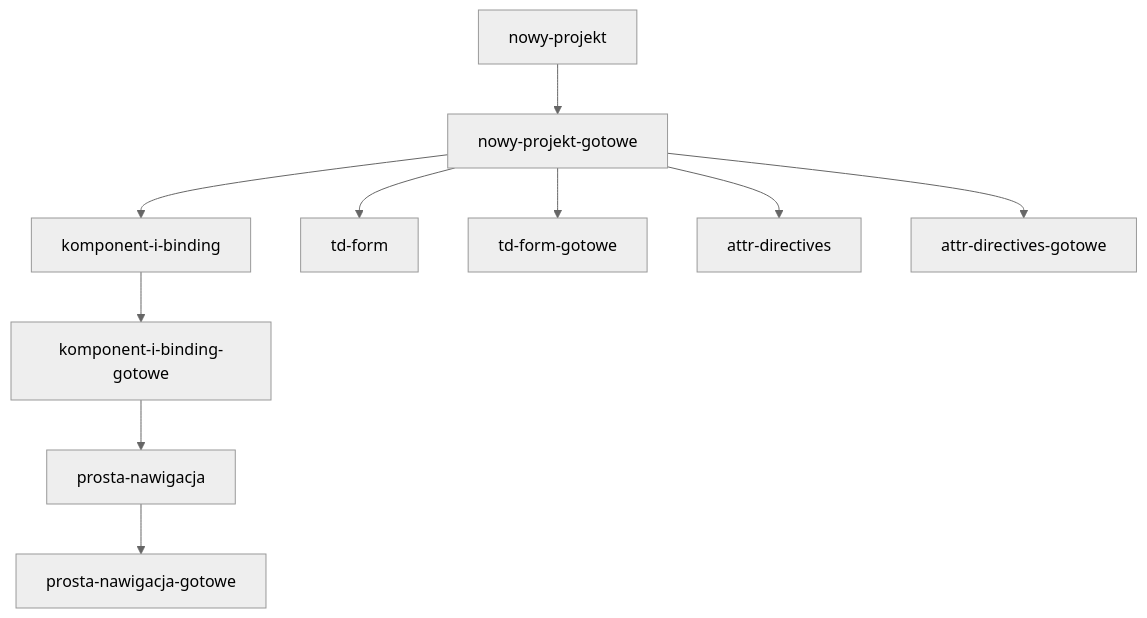
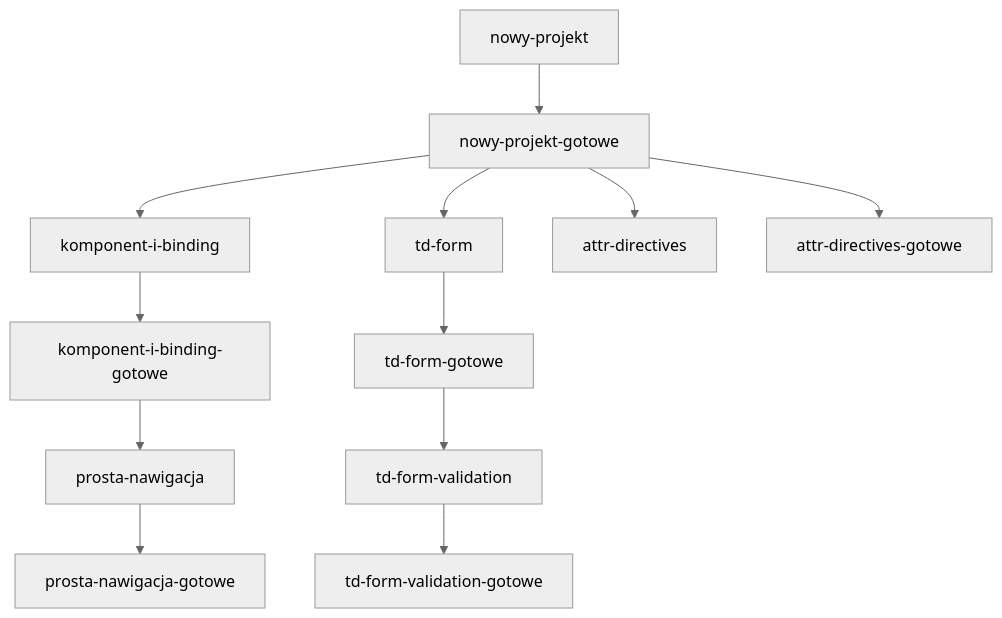
Before and after one commit to jkatnik/powtorki-ng: the diagram in ZADANIA.md, drawn with Mermaid (neutral theme).

Commit message:
zadania td-form-validation

````diff
--- a/ZADANIA.md
+++ b/ZADANIA.md
@@ -1,18 +1,21 @@
 ```mermaid
 graph TD;
 
 nowy-projekt --> nowy-projekt-gotowe
 
 nowy-projekt-gotowe --> komponent-i-binding
 komponent-i-binding --> komponent-i-binding-gotowe
 
 komponent-i-binding-gotowe --> prosta-nawigacja
 prosta-nawigacja --> prosta-nawigacja-gotowe
 
 nowy-projekt-gotowe --> td-form
-nowy-projekt-gotowe --> td-form-gotowe
+td-form --> td-form-gotowe
+
+td-form-gotowe --> td-form-validation
+td-form-validation --> td-form-validation-gotowe
 
 nowy-projekt-gotowe --> attr-directives
 nowy-projekt-gotowe --> attr-directives-gotowe
 
 ```
````
